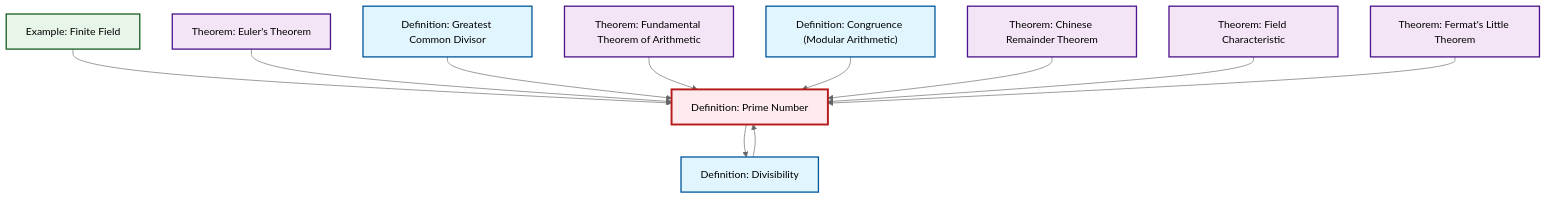
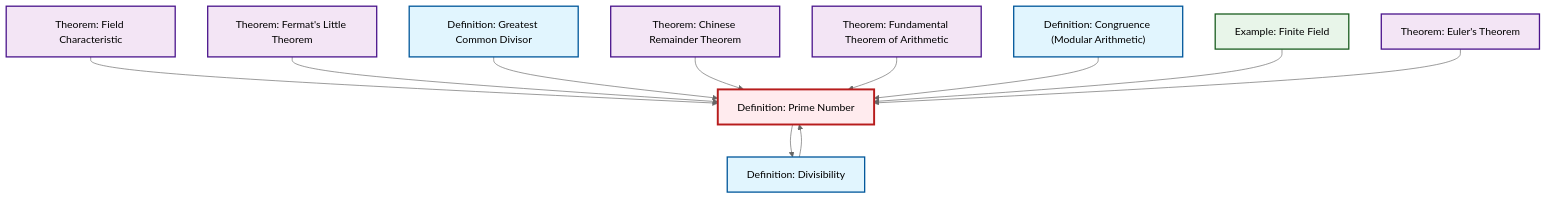
One commit to RK0429/ModernMath changed the diagram in content/en/number-theory/def-prime.qmd. Above: the diagram before and after it, drawn with Mermaid (neutral theme). The commit also changed other lines of this file and 554 other files, not shown here.

````diff
--- a/content/en/number-theory/def-prime.qmd
+++ b/content/en/number-theory/def-prime.qmd
@@ -55,39 +55,39 @@
 ```{mermaid}
 %%| fig-cap: "Local dependency graph"
 graph TD
     classDef definition fill:#e1f5fe,stroke:#01579b,stroke-width:2px
     classDef theorem fill:#f3e5f5,stroke:#4a148c,stroke-width:2px
     classDef axiom fill:#fff3e0,stroke:#e65100,stroke-width:2px
     classDef example fill:#e8f5e9,stroke:#1b5e20,stroke-width:2px
     classDef current fill:#ffebee,stroke:#b71c1c,stroke-width:3px
+    def-prime["Definition: Prime Number"]:::definition
     thm-chinese-remainder["Theorem: Chinese Remainder Theorem"]:::theorem
     def-divisibility["Definition: Divisibility"]:::definition
+    thm-fundamental-arithmetic["Theorem: Fundamental Theorem of Arithmetic"]:::theorem
     ex-finite-field["Example: Finite Field"]:::example
-    thm-fundamental-arithmetic["Theorem: Fundamental Theorem of Arithmetic"]:::theorem
+    thm-field-characteristic["Theorem: Field Characteristic"]:::theorem
     thm-euler["Theorem: Euler's Theorem"]:::theorem
     thm-fermat-little["Theorem: Fermat's Little Theorem"]:::theorem
     def-congruence["Definition: Congruence (Modular Arithmetic)"]:::definition
     def-gcd["Definition: Greatest Common Divisor"]:::definition
-    thm-field-characteristic["Theorem: Field Characteristic"]:::theorem
-    def-prime["Definition: Prime Number"]:::definition
+    thm-field-characteristic --> def-prime
+    thm-fermat-little --> def-prime
+    def-gcd --> def-prime
     def-prime --> def-divisibility
+    thm-chinese-remainder --> def-prime
+    thm-fundamental-arithmetic --> def-prime
+    def-divisibility --> def-prime
+    def-congruence --> def-prime
     ex-finite-field --> def-prime
     thm-euler --> def-prime
-    def-gcd --> def-prime
-    thm-fundamental-arithmetic --> def-prime
-    def-congruence --> def-prime
-    thm-chinese-remainder --> def-prime
-    thm-field-characteristic --> def-prime
-    def-divisibility --> def-prime
-    thm-fermat-little --> def-prime
     class def-prime current
     click thm-chinese-remainder "thm-chinese-remainder.html" "Go to Chinese Remainder Theorem theorem"
     click def-divisibility "def-divisibility.html" "Go to Divisibility definition"
+    click thm-fundamental-arithmetic "thm-fundamental-arithmetic.html" "Go to Fundamental Theorem of Arithmetic theorem"
     click ex-finite-field "ex-finite-field.html" "Go to Finite Field example"
-    click thm-fundamental-arithmetic "thm-fundamental-arithmetic.html" "Go to Fundamental Theorem of Arithmetic theorem"
+    click thm-field-characteristic "thm-field-characteristic.html" "Go to Field Characteristic theorem"
     click thm-euler "thm-euler.html" "Go to Euler's Theorem theorem"
     click thm-fermat-little "thm-fermat-little.html" "Go to Fermat's Little Theorem theorem"
     click def-congruence "def-congruence.html" "Go to Congruence (Modular Arithmetic) definition"
     click def-gcd "def-gcd.html" "Go to Greatest Common Divisor definition"
-    click thm-field-characteristic "thm-field-characteristic.html" "Go to Field Characteristic theorem"
 ```
````
